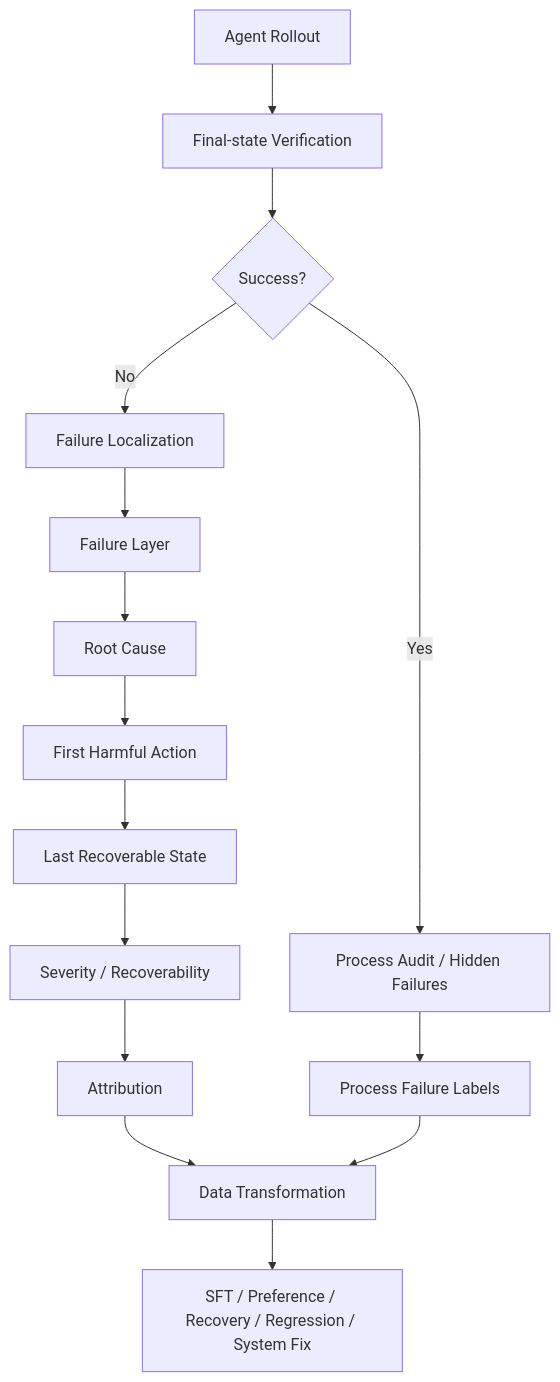
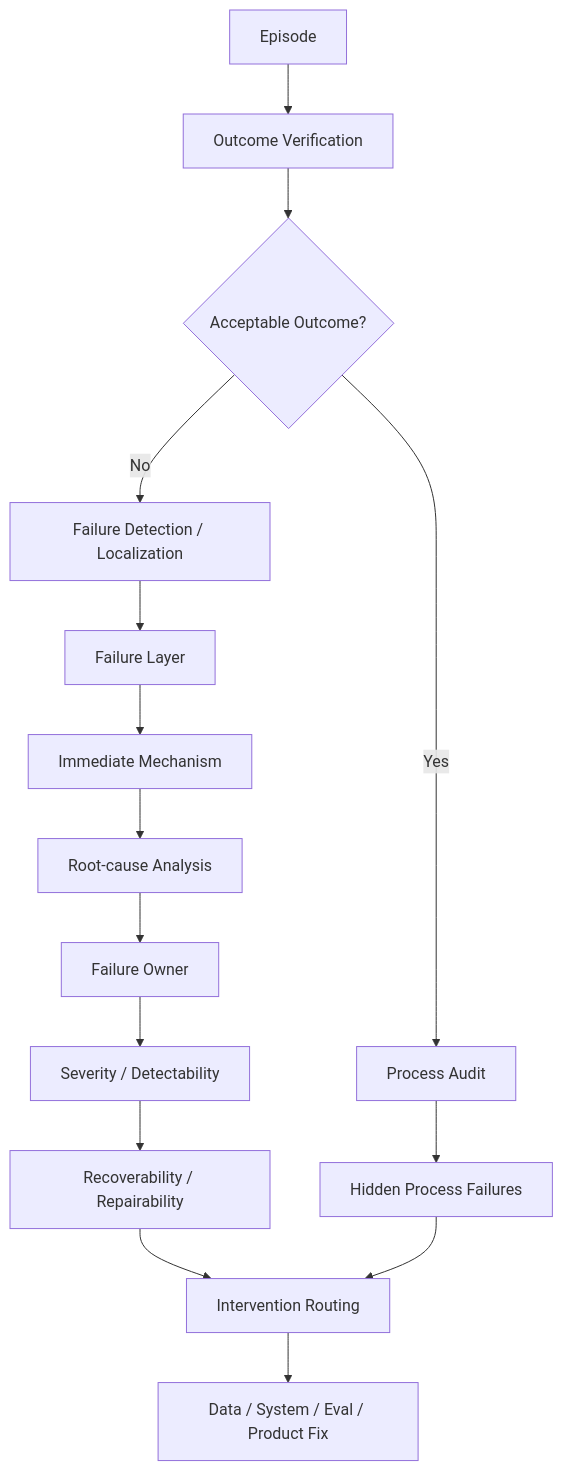
Before and after one commit to JiangHui0203/Homework: the second of 2 diagrams in LLM_Agent_Data/14_Agent_Failure_Taxonomy.md, drawn with Mermaid. The commit also changed other lines of this file, not shown here.

Commit message:
Refine chapter 14 as canonical Agent failure taxonomy chapter

````diff
--- a/LLM_Agent_Data/14_Agent_Failure_Taxonomy.md
+++ b/LLM_Agent_Data/14_Agent_Failure_Taxonomy.md
@@ -2715,17 +1569,17 @@
 ```mermaid
 flowchart TD
-    A[Agent Rollout] --> B[Final-state Verification]
-    B --> C{Success?}
-    C -->|Yes| D[Process Audit / Hidden Failures]
-    C -->|No| E[Failure Localization]
-    D --> F[Process Failure Labels]
+    A[Episode] --> B[Outcome Verification]
+    B --> C{Acceptable Outcome?}
+    C -->|Yes| D[Process Audit]
+    C -->|No| E[Failure Detection / Localization]
+    D --> F[Hidden Process Failures]
     E --> G[Failure Layer]
-    G --> H[Root Cause]
-    H --> I[First Harmful Action]
-    I --> J[Last Recoverable State]
-    J --> K[Severity / Recoverability]
-    K --> L[Attribution]
-    L --> M[Data Transformation]
+    G --> H[Immediate Mechanism]
+    H --> I[Root-cause Analysis]
+    I --> J[Failure Owner]
+    J --> K[Severity / Detectability]
+    K --> L[Recoverability / Repairability]
+    L --> M[Intervention Routing]
     F --> M
-    M --> N[SFT / Preference / Recovery / Regression / System Fix]
+    M --> N[Data / System / Eval / Product Fix]
 ```
````
